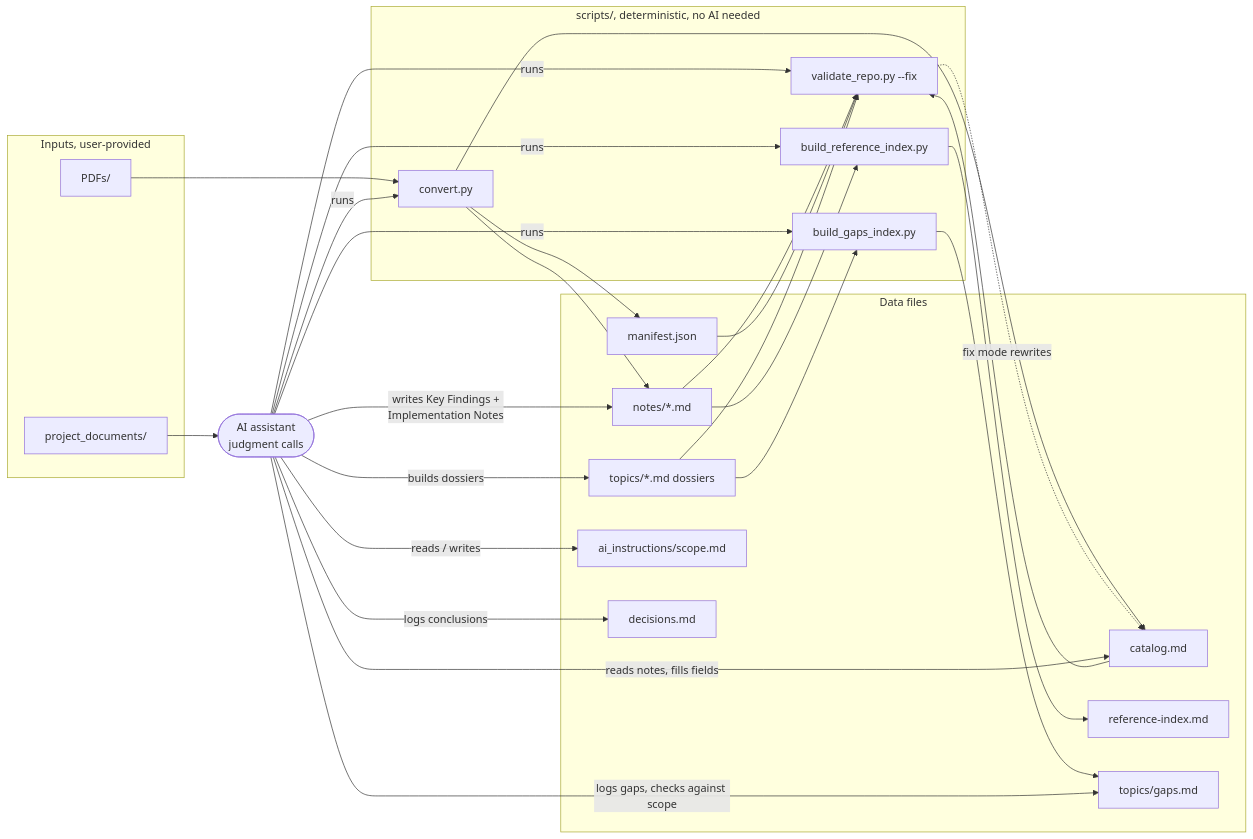
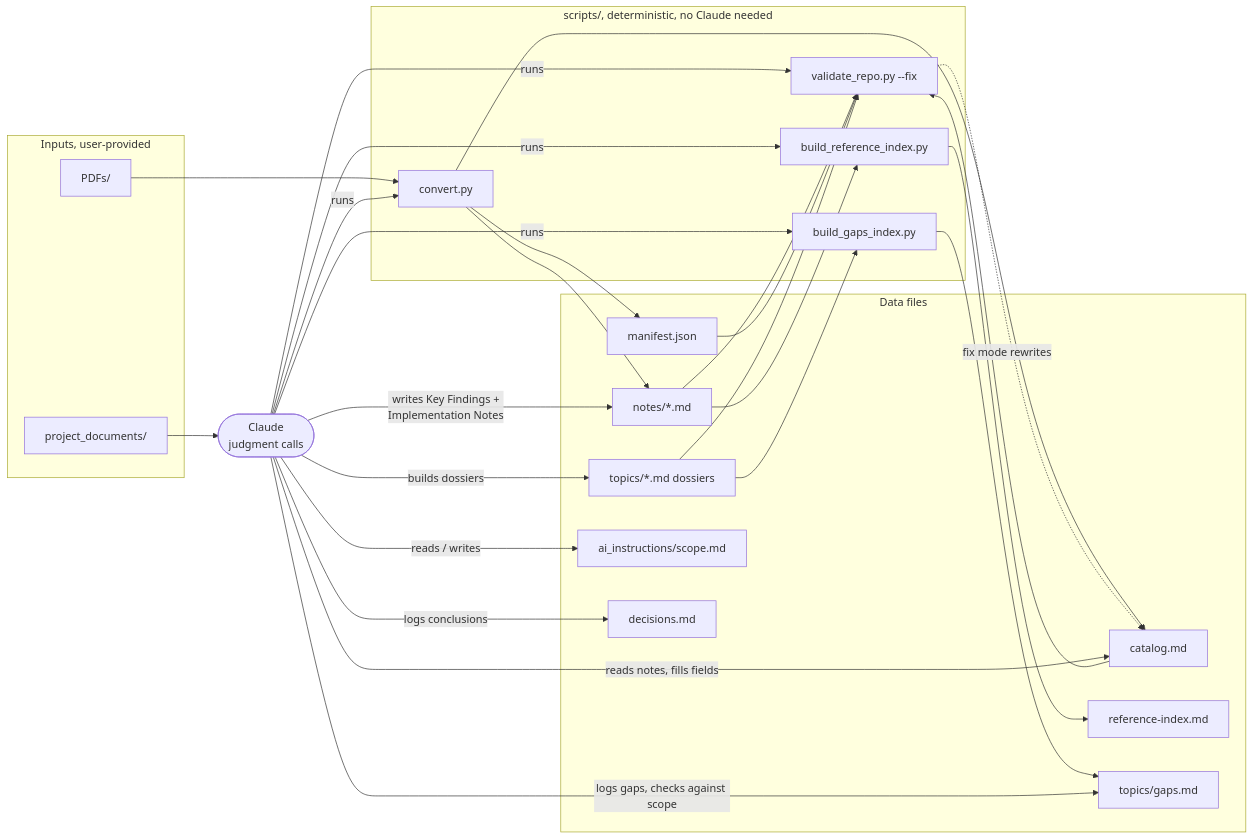
The fourth of 5 diagrams in study/workflow-diagram.md (jonaHaggarde/literature_study_template), drawn with Mermaid before and after one commit. The commit also changed other lines of this file and 9 other files, not shown here.

````diff
--- a/study/workflow-diagram.md
+++ b/study/workflow-diagram.md
@@ -104,53 +104,53 @@
 ```mermaid
 flowchart LR
     subgraph INPUTS["Inputs, user-provided"]
         PDFs["PDFs/"]
         ProjDocs["project_documents/"]
     end
 
-    AI(["AI assistant<br/>judgment calls"])
+    CLAUDE(["Claude<br/>judgment calls"])
 
-    subgraph SCRIPTS["scripts/, deterministic, no AI needed"]
+    subgraph SCRIPTS["scripts/, deterministic, no Claude needed"]
         Convert["convert.py"]
         RefIdx["build_reference_index.py"]
         GapsIdx["build_gaps_index.py"]
         Validate["validate_repo.py --fix"]
     end
 
     subgraph FILES["Data files"]
         Notes["notes/*.md"]
         Manifest["manifest.json"]
         Catalog["catalog.md"]
         RefIndexFile["reference-index.md"]
         Topics["topics/*.md dossiers"]
         Gaps["topics/gaps.md"]
         Scope["ai_instructions/scope.md"]
         Decisions["decisions.md"]
     end
 
     PDFs --> Convert
     Convert --> Notes
     Convert --> Catalog
     Convert --> Manifest
 
     Notes --> RefIdx --> RefIndexFile
     Topics --> GapsIdx --> Gaps
 
     Catalog --> Validate
     Notes --> Validate
     Manifest --> Validate
     Topics --> Validate
     Validate -. "fix mode rewrites" .-> Catalog
 
-    ProjDocs --> AI
-    AI -- "reads / writes" --> Scope
-    AI -- "reads notes, fills fields" --> Catalog
-    AI -- "writes Key Findings +<br/>Implementation Notes" --> Notes
-    AI -- "builds dossiers" --> Topics
-    AI -- "logs gaps, checks against scope" --> Gaps
-    AI -- "logs conclusions" --> Decisions
-    AI -- runs --> Convert
-    AI -- runs --> RefIdx
-    AI -- runs --> GapsIdx
-    AI -- runs --> Validate
+    ProjDocs --> CLAUDE
+    CLAUDE -- "reads / writes" --> Scope
+    CLAUDE -- "reads notes, fills fields" --> Catalog
+    CLAUDE -- "writes Key Findings +<br/>Implementation Notes" --> Notes
+    CLAUDE -- "builds dossiers" --> Topics
+    CLAUDE -- "logs gaps, checks against scope" --> Gaps
+    CLAUDE -- "logs conclusions" --> Decisions
+    CLAUDE -- runs --> Convert
+    CLAUDE -- runs --> RefIdx
+    CLAUDE -- runs --> GapsIdx
+    CLAUDE -- runs --> Validate
 ```
````
